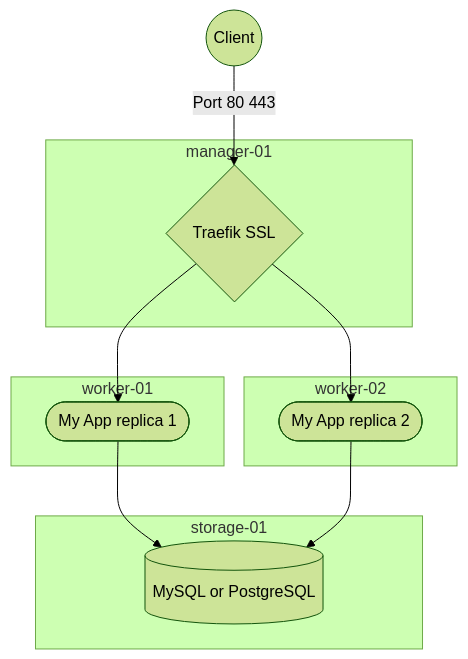
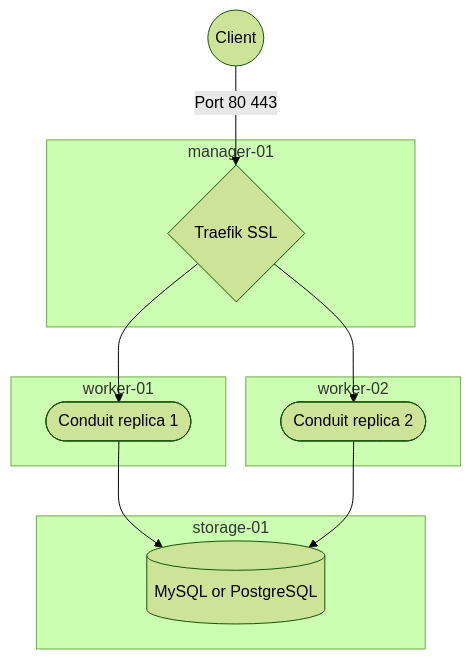
One commit to adr1enbe4udou1n/blog changed the diagram in content/posts/22-web-api-benchmarks-2024/index.md. Above: the diagram before and after it, drawn with Mermaid (forest theme). The commit also changed other lines of this file, not shown here.

Commit message:
wip charts

```diff
--- a/content/posts/22-web-api-benchmarks-2024/index.md
+++ b/content/posts/22-web-api-benchmarks-2024/index.md
@@ -51,21 +51,21 @@
 {{< mermaid >}}
 flowchart TD
 client((Client))
 client -- Port 80 443 --> traefik-01
 subgraph manager-01
     traefik-01{Traefik SSL}
 end
 subgraph worker-01
-    app-01([My App replica 1])
+    app-01([Conduit replica 1])
     traefik-01 --> app-01
 end
 subgraph worker-02
-    app-02([My App replica 2])
+    app-02([Conduit replica 2])
     traefik-01 --> app-02
 end
 subgraph storage-01
     DB[(MySQL or PostgreSQL)]
     app-01 --> DB
     app-02 --> DB
 end
 {{< /mermaid >}}
```
